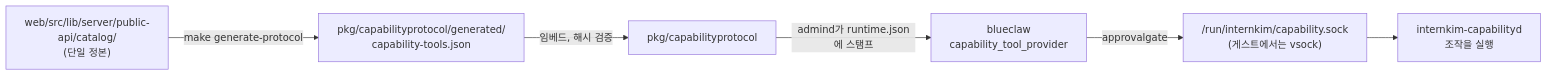
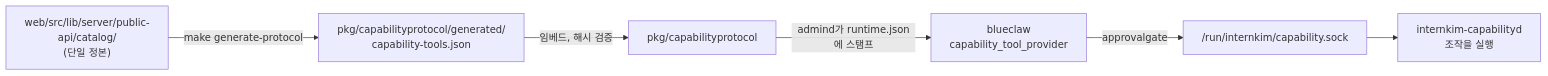
One commit to yeomyeonggeori/internkim changed the diagram in docs/tools/index.ko.mdx. Above: the diagram before and after it, drawn with Mermaid. The commit also changed other lines of this file and 18 other files, not shown here.

````diff
--- a/docs/tools/index.ko.mdx
+++ b/docs/tools/index.ko.mdx
@@ -135,8 +135,8 @@
 ```mermaid
 flowchart LR
   TS["web/src/lib/server/public-api/catalog/<br/>(단일 정본)"] -->|make generate-protocol| JSON["pkg/capabilityprotocol/generated/<br/>capability-tools.json"]
   JSON -->|임베드, 해시 검증| Go["pkg/capabilityprotocol"]
   Go -->|admind가 runtime.json에 스탬프| Blueclaw["blueclaw<br/>capability_tool_provider"]
-  Blueclaw -->|approvalgate| Socket["/run/internkim/capability.sock<br/>(게스트에서는 vsock)"]
+  Blueclaw -->|approvalgate| Socket["/run/internkim/capability.sock"]
   Socket --> Capabilityd["internkim-capabilityd<br/>조작을 실행"]
 ```
````
